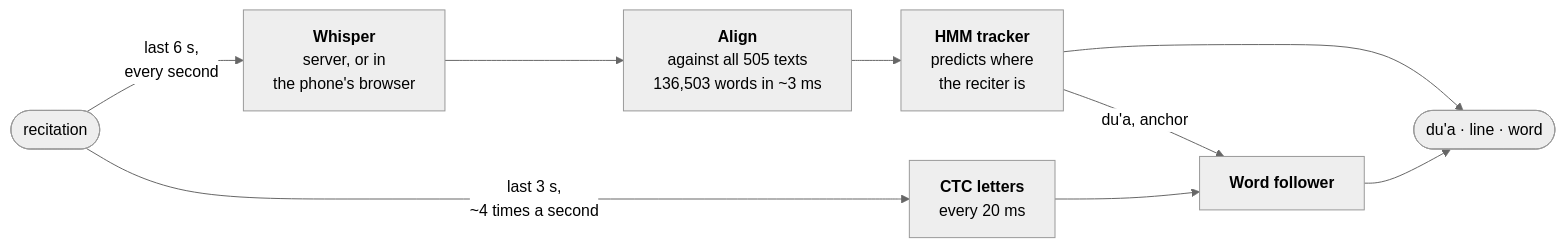
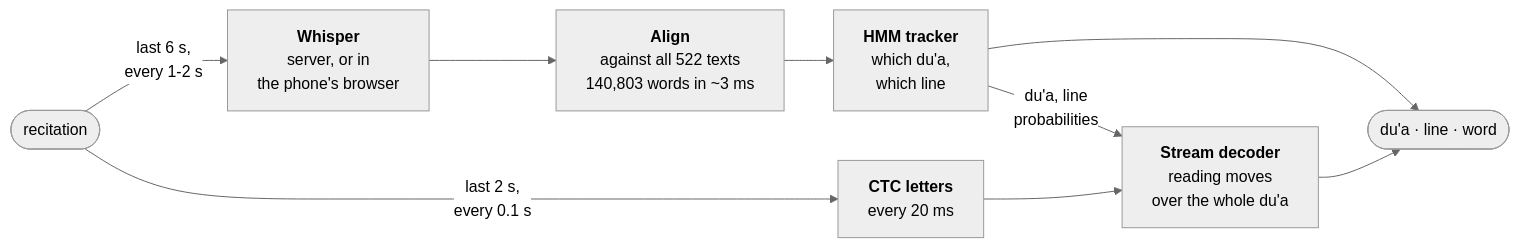
The diagram in README.md (Hasan-Mehdi/dua-recognition), drawn with Mermaid (neutral theme) before and after one commit. The commit also changed other lines of this file and 4 other files, not shown here.

````diff
--- a/README.md
+++ b/README.md
@@ -81,11 +93,11 @@
 ```mermaid
 flowchart LR
-    A(["recitation"]) -- "last 6 s,<br/>every second" --> B["<b>Whisper</b><br/>server, or in<br/>the phone's browser"]
-    B --> C["<b>Align</b><br/>against all 505 texts<br/>136,503 words in ~3 ms"]
-    C --> D["<b>HMM tracker</b><br/>predicts where<br/>the reciter is"]
+    A(["recitation"]) -- "last 6 s,<br/>every 1-2 s" --> B["<b>Whisper</b><br/>server, or in<br/>the phone's browser"]
+    B --> C["<b>Align</b><br/>against all 522 texts<br/>140,803 words in ~3 ms"]
+    C --> D["<b>HMM tracker</b><br/>which du'a,<br/>which line"]
     D --> E(["du'a · line · word"])
-    A -- "last 3 s,<br/>~4 times a second" --> F["<b>CTC letters</b><br/>every 20 ms"]
-    F --> G["<b>Word follower</b>"]
-    D -- "du'a, anchor" --> G
+    A -- "last 2 s,<br/>every 0.1 s" --> F["<b>CTC letters</b><br/>every 20 ms"]
+    F --> G["<b>Stream decoder</b><br/>reading moves<br/>over the whole du'a"]
+    D -- "du'a, line<br/>probabilities" --> G
     G --> E
 ```
````
